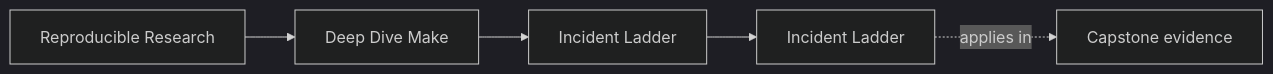
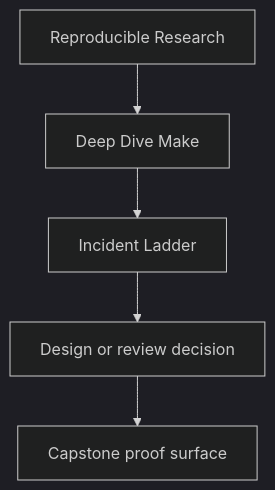
One commit to bijux/bijux-masterclass changed the first of 2 diagrams in programs/reproducible-research/deep-dive-make/course-book/reference/incident-ladder.md. Above: the diagram before and after it, drawn with Mermaid (dark theme). The commit also changed other lines of this file and 29 other files, not shown here.

Commit message:
docs(deep-dive-make): sharpen guide and reference diagrams

````diff
--- a/programs/reproducible-research/deep-dive-make/course-book/reference/incident-ladder.md
+++ b/programs/reproducible-research/deep-dive-make/course-book/reference/incident-ladder.md
@@ -9,11 +9,7 @@
 ```mermaid
-graph LR
-  family["Reproducible Research"]
-  program["Deep Dive Make"]
-  section["Incident Ladder"]
-  page["Incident Ladder"]
-  capstone["Capstone evidence"]
-
-  family --> program --> section --> page
-  page -.applies in.-> capstone
+flowchart TD
+  family["Reproducible Research"] --> program["Deep Dive Make"]
+  program --> reference["Incident Ladder"]
+  reference --> review["Design or review decision"]
+  review --> capstone["Capstone proof surface"]
 ```
````
